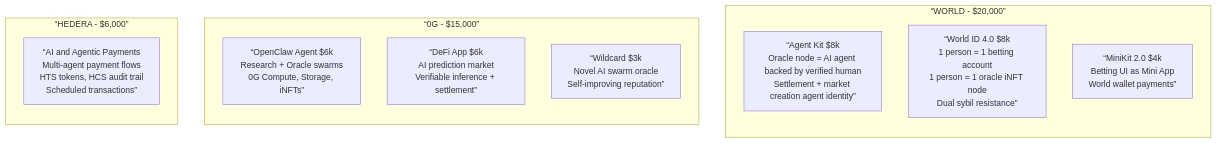
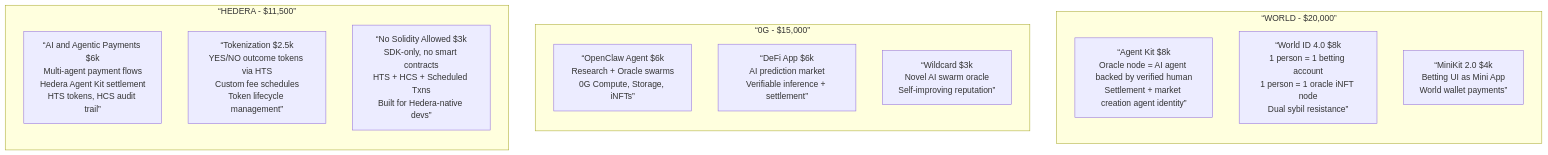
One commit to JingYuan0926/ethglobal changed the second of 8 diagrams in test.md. Above: the diagram before and after it, drawn with Mermaid. The commit also changed other lines of this file, not shown here.

Commit message:
Fix test again

````diff
--- a/test.md
+++ b/test.md
@@ -307,21 +307,23 @@
 ```mermaid
 graph TB
     subgraph WORLD[“WORLD - $20,000”]
         direction TB
         W1[“Agent Kit $8k<br/>Oracle node = AI agent backed by verified human<br/>Settlement + market creation agent identity”]
         W2[“World ID 4.0 $8k<br/>1 person = 1 betting account<br/>1 person = 1 oracle iNFT node<br/>Dual sybil resistance”]
         W3[“MiniKit 2.0 $4k<br/>Betting UI as Mini App<br/>World wallet payments”]
     end
 
     subgraph ZG[“0G - $15,000”]
         direction TB
         Z1[“OpenClaw Agent $6k<br/>Research + Oracle swarms<br/>0G Compute, Storage, iNFTs”]
         Z2[“DeFi App $6k<br/>AI prediction market<br/>Verifiable inference + settlement”]
         Z3[“Wildcard $3k<br/>Novel AI swarm oracle<br/>Self-improving reputation”]
     end
 
-    subgraph HEDERA[“HEDERA - $6,000”]
+    subgraph HEDERA[“HEDERA - $11,500”]
         direction TB
-        H1[“AI and Agentic Payments<br/>Multi-agent payment flows<br/>HTS tokens, HCS audit trail<br/>Scheduled transactions”]
+        H1[“AI and Agentic Payments $6k<br/>Multi-agent payment flows<br/>Hedera Agent Kit settlement<br/>HTS tokens, HCS audit trail”]
+        H2[“Tokenization $2.5k<br/>YES/NO outcome tokens via HTS<br/>Custom fee schedules<br/>Token lifecycle management”]
+        H3[“No Solidity Allowed $3k<br/>SDK-only, no smart contracts<br/>HTS + HCS + Scheduled Txns<br/>Built for Hedera-native devs”]
     end
 ```
````
